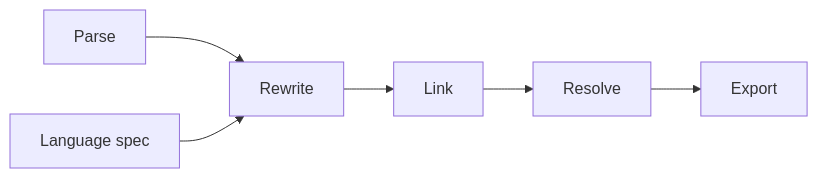
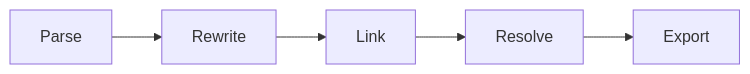
Before and after one commit to gitlabhq/orbit-knowledge-graph: the first of 8 diagrams in docs/pages/engineering/architecture/code-graph.md, drawn with Mermaid. The commit also changed other lines of this file and 8 other files, not shown here.

Commit message:
docs(testing): rewrite the end-to-end page and use banner diagrams

````diff
--- a/docs/pages/engineering/architecture/code-graph.md
+++ b/docs/pages/engineering/architecture/code-graph.md
@@ -25,5 +25,4 @@
 ```mermaid
 flowchart LR
     Parse --> Rewrite --> Link --> Resolve --> Export
-    Spec[Language spec] --> Rewrite
 ```
````
